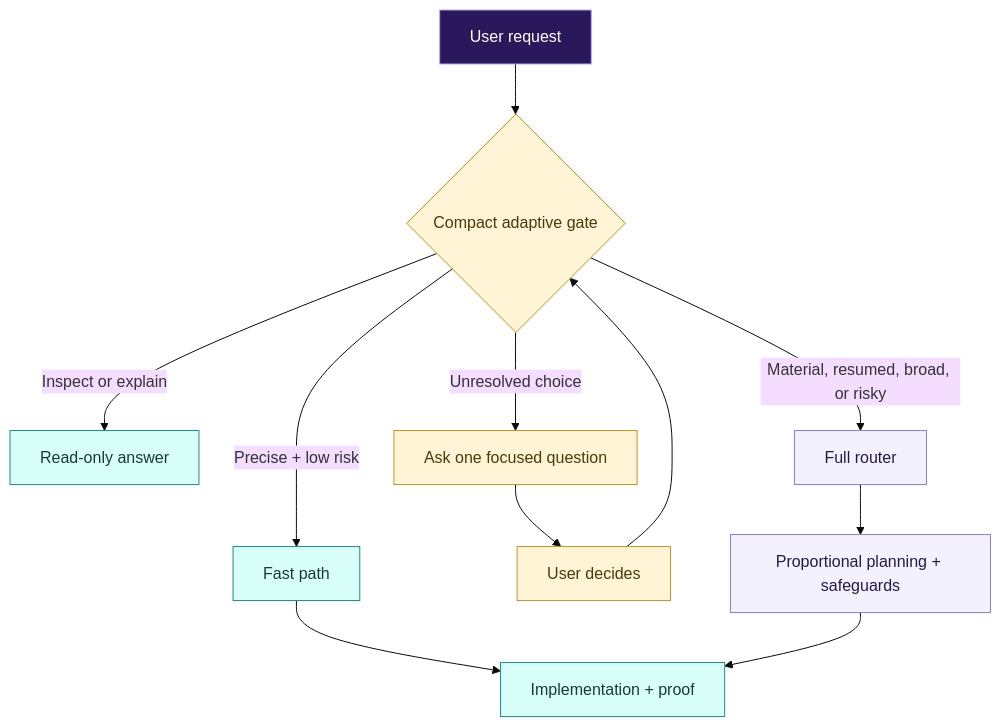
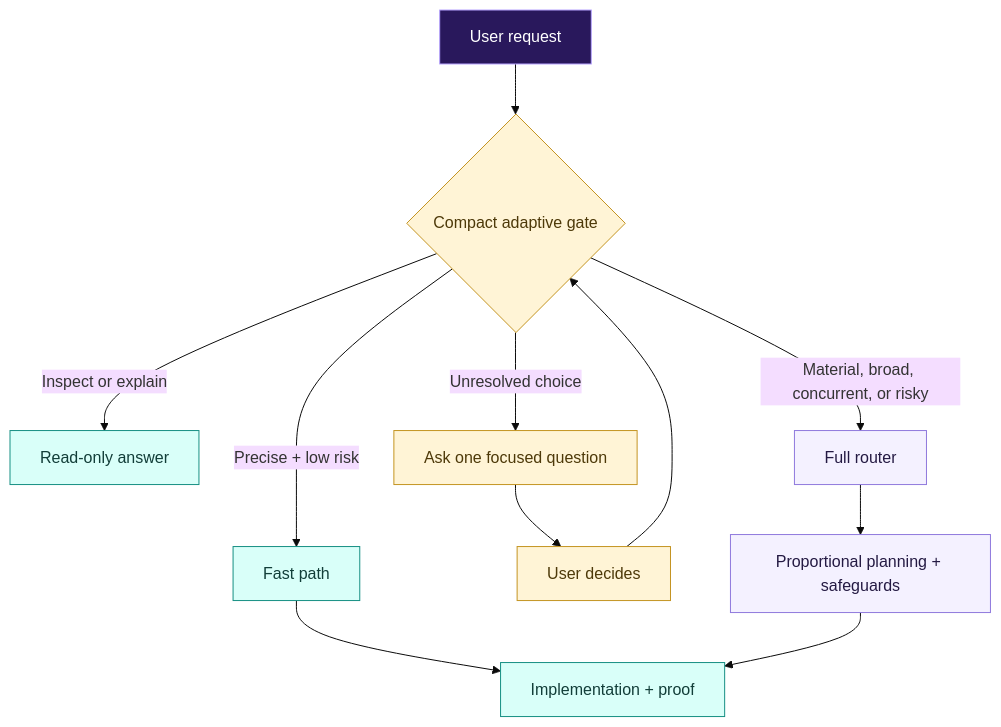
One commit to aididhaiqal/adaptive-superpowers changed the second of 5 diagrams in README.md. Above: the diagram before and after it, drawn with Mermaid (base theme). The commit also changed other lines of this file and 55 other files, not shown here.

````diff
--- a/README.md
+++ b/README.md
@@ -189,22 +212,22 @@
 ```mermaid
 flowchart TB
     R["User request"] --> G{"Compact adaptive gate"}
     G -->|"Inspect or explain"| RO["Read-only answer"]
     G -->|"Precise + low risk"| FP["Fast path"]
     G -->|"Unresolved choice"| Q["Ask one focused question"]
-    G -->|"Material, resumed, broad, or risky"| FR["Full router"]
+    G -->|"Material, broad, concurrent, or risky"| FR["Full router"]
     Q --> A["User decides"]
     A --> G
     FP --> C["Implementation + proof"]
     FR --> P["Proportional planning + safeguards"]
     P --> C
 
     classDef request fill:#29185c,stroke:#b8a4ff,color:#fff
     classDef decision fill:#fff4d6,stroke:#c49422,color:#4d3909
     classDef direct fill:#d9fff9,stroke:#168f83,color:#123e39
     classDef guarded fill:#f4f1ff,stroke:#8f79dd,color:#241a43
     class R request
     class G,Q,A decision
     class RO,FP,C direct
     class FR,P guarded
 ```
````
